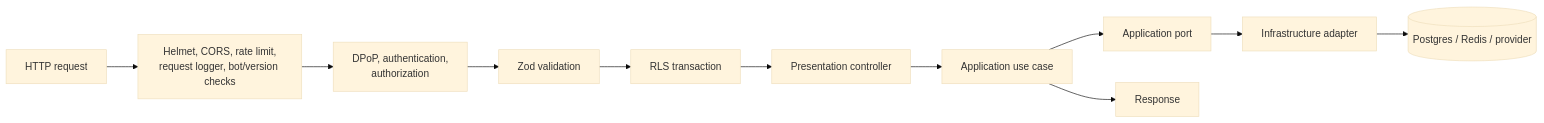
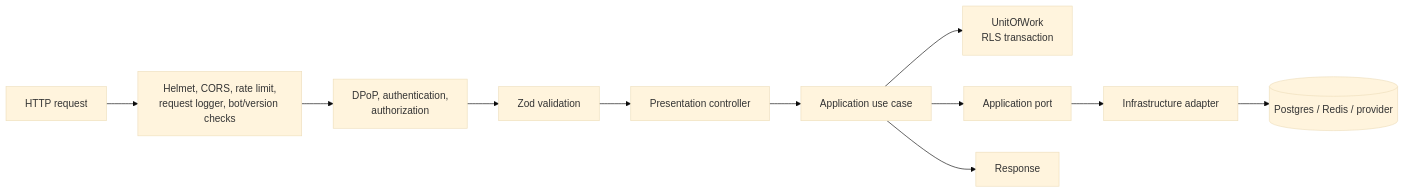
The second of 3 diagrams in docs/architecture.md (kobihanoch/Strong-Together-Backend), drawn with Mermaid (base theme) before and after one commit. The commit also changed other lines of this file and 6 other files, not shown here.

````diff
--- a/docs/architecture.md
+++ b/docs/architecture.md
@@ -31,13 +31,13 @@
 ```mermaid
 flowchart LR
   request[HTTP request] --> middleware[Helmet, CORS, rate limit,<br/>request logger, bot/version checks]
   middleware --> guards[DPoP, authentication,<br/>authorization]
   guards --> validation[Zod validation]
-  validation --> transaction[RLS transaction]
-  transaction --> controller[Presentation controller]
+  validation --> controller[Presentation controller]
   controller --> usecase[Application use case]
+  usecase --> transaction[UnitOfWork<br/>RLS transaction]
   usecase --> port[Application port]
   port --> adapter[Infrastructure adapter]
   adapter --> resource[(Postgres / Redis / provider)]
   usecase --> response[Response]
 ```
````
